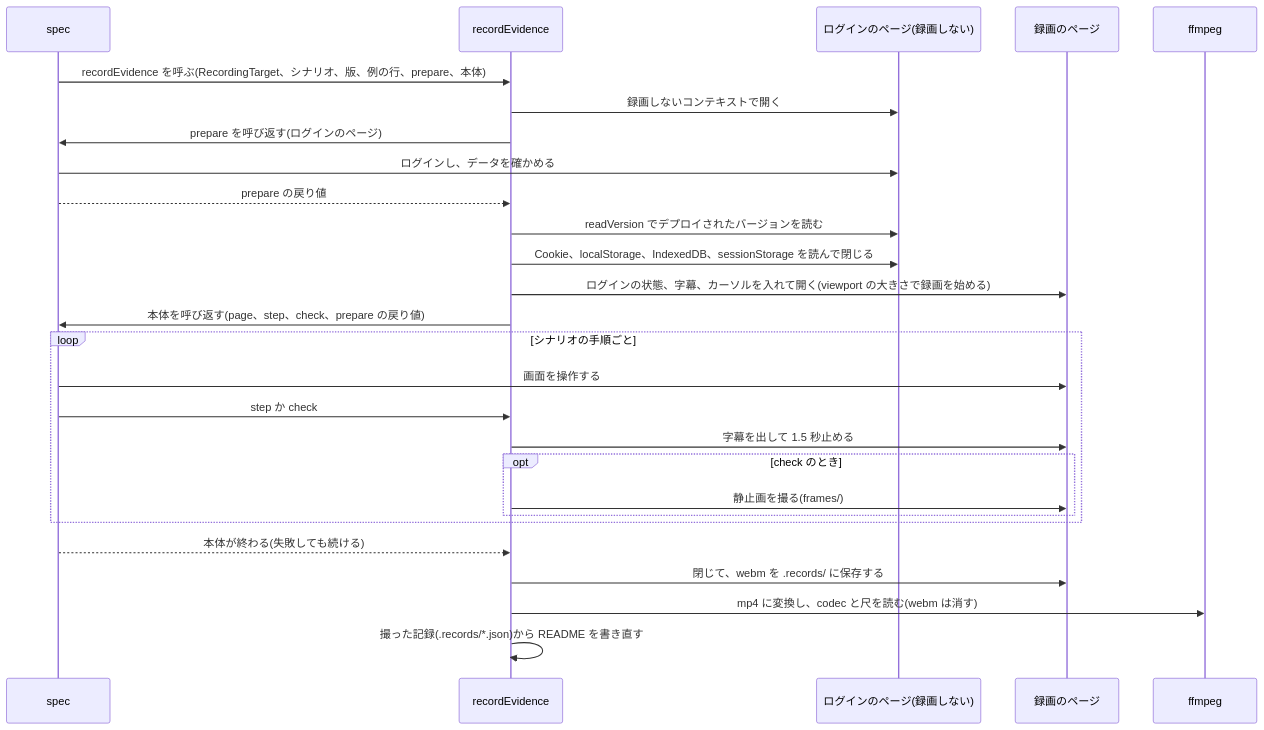
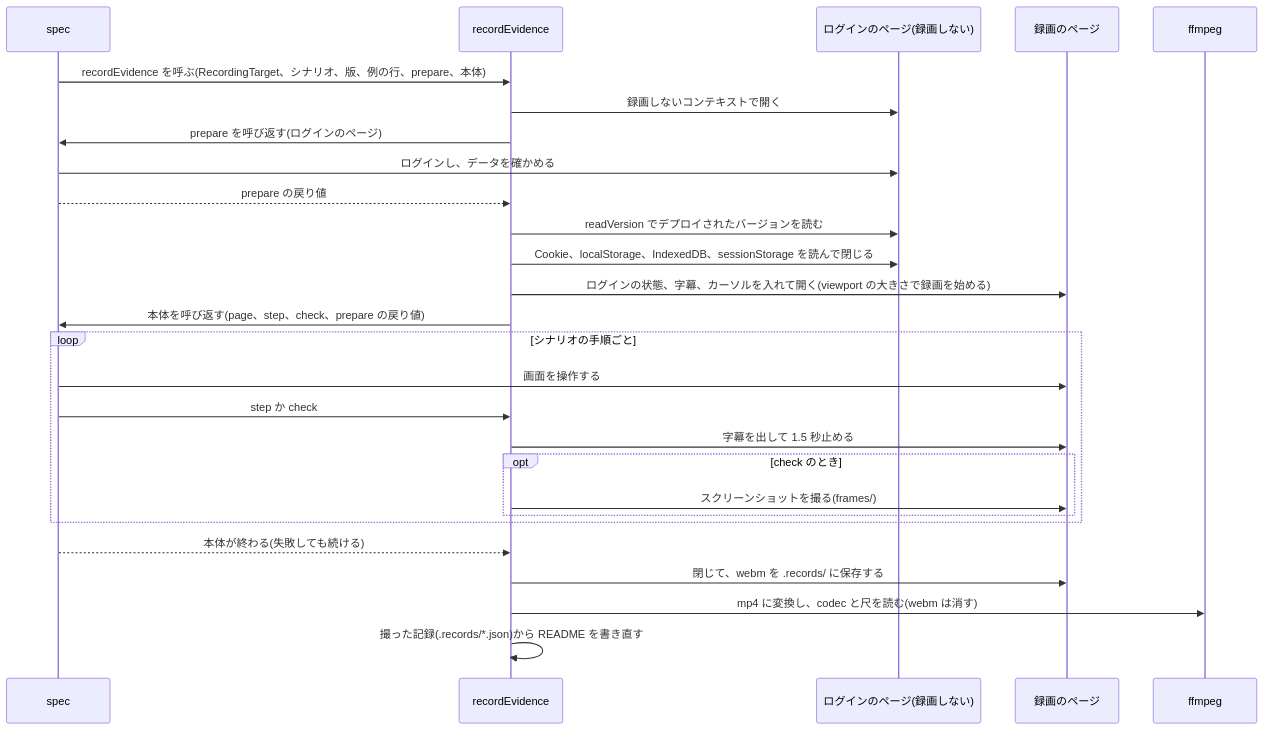
Before and after one commit to Fukuemon/buddy: the second of 2 diagrams in packages/e2e/kit/recording/DesignDoc.md, drawn with Mermaid. The commit also changed other lines of this file and 12 other files, not shown here.

````diff
--- a/packages/e2e/kit/recording/DesignDoc.md
+++ b/packages/e2e/kit/recording/DesignDoc.md
@@ -71,30 +71,30 @@
 ```mermaid
 sequenceDiagram
   participant spec
   participant rec as recordEvidence
   participant login as ログインのページ(録画しない)
   participant page as 録画のページ
   participant ff as ffmpeg
 
   spec->>rec: recordEvidence を呼ぶ(RecordingTarget、シナリオ、版、例の行、prepare、本体)
   rec->>login: 録画しないコンテキストで開く
   rec->>spec: prepare を呼び返す(ログインのページ)
   spec->>login: ログインし、データを確かめる
   spec-->>rec: prepare の戻り値
   rec->>login: readVersion でデプロイされたバージョンを読む
   rec->>login: Cookie、localStorage、IndexedDB、sessionStorage を読んで閉じる
   rec->>page: ログインの状態、字幕、カーソルを入れて開く(viewport の大きさで録画を始める)
   rec->>spec: 本体を呼び返す(page、step、check、prepare の戻り値)
   loop シナリオの手順ごと
     spec->>page: 画面を操作する
     spec->>rec: step か check
     rec->>page: 字幕を出して 1.5 秒止める
     opt check のとき
-      rec->>page: 静止画を撮る(frames/)
+      rec->>page: スクリーンショットを撮る(frames/)
     end
   end
   spec-->>rec: 本体が終わる(失敗しても続ける)
   rec->>page: 閉じて、webm を .records/ に保存する
   rec->>ff: mp4 に変換し、codec と尺を読む(webm は消す)
   rec->>rec: 撮った記録(.records/*.json)から README を書き直す
 ```
````
